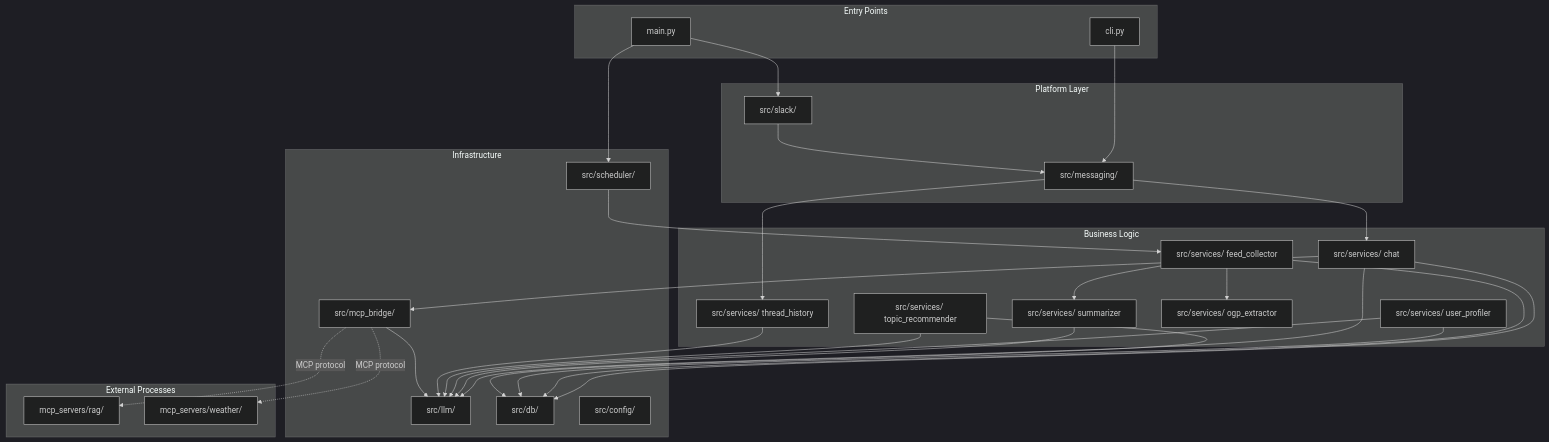
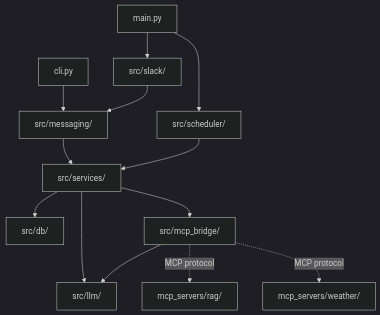
One commit to becky3/learning-companion changed the diagram in ARCHITECTURE.md. Above: the diagram before and after it, drawn with Mermaid (dark theme).

Commit message:
docs(doc-review-agent): コンポーネント関係図をフォルダ単位に簡素化 (#626)

````diff
--- a/ARCHITECTURE.md
+++ b/ARCHITECTURE.md
@@ -108,61 +108,15 @@
 ```mermaid
 graph TD
-    subgraph Entry["Entry Points"]
-        main["main.py"]
-        cli["cli.py"]
-    end
-
-    subgraph Platform["Platform Layer"]
-        slack["src/slack/"]
-        messaging["src/messaging/"]
-    end
-
-    subgraph Business["Business Logic"]
-        chat["src/services/ chat"]
-        feed["src/services/ feed_collector"]
-        summarizer["src/services/ summarizer"]
-        profiler["src/services/ user_profiler"]
-        topic["src/services/ topic_recommender"]
-        ogp["src/services/ ogp_extractor"]
-        thread["src/services/ thread_history"]
-    end
-
-    subgraph Infra["Infrastructure"]
-        llm["src/llm/"]
-        db["src/db/"]
-        config["src/config/"]
-        scheduler["src/scheduler/"]
-        mcp_bridge["src/mcp_bridge/"]
-    end
-
-    subgraph External["External Processes"]
-        rag_server["mcp_servers/rag/"]
-        weather_server["mcp_servers/weather/"]
-    end
-
-    main --> slack
-    main --> scheduler
-    cli --> messaging
+    main["main.py"] --> slack["src/slack/"]
+    main --> scheduler["src/scheduler/"]
+    cli["cli.py"] --> messaging["src/messaging/"]
     slack --> messaging
-    messaging --> chat
-    messaging --> thread
-
-    chat --> llm
-    chat --> db
-    chat --> mcp_bridge
-    feed --> db
-    feed --> summarizer
-    feed --> ogp
-    summarizer --> llm
-    profiler --> llm
-    profiler --> db
-    topic --> llm
-    topic --> db
-    thread --> llm
-
-    scheduler --> feed
-
+    messaging --> services["src/services/"]
+    scheduler --> services
+    services --> llm["src/llm/"]
+    services --> db["src/db/"]
+    services --> mcp_bridge["src/mcp_bridge/"]
     mcp_bridge --> llm
-    mcp_bridge -.->|MCP protocol| rag_server
-    mcp_bridge -.->|MCP protocol| weather_server
+    mcp_bridge -.->|MCP protocol| rag["mcp_servers/rag/"]
+    mcp_bridge -.->|MCP protocol| weather["mcp_servers/weather/"]
 ```
````
